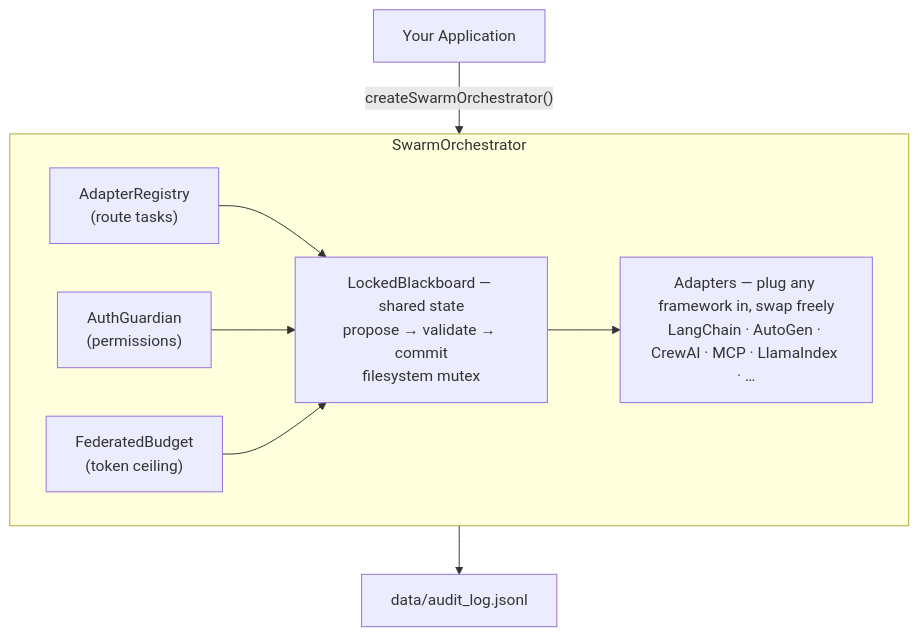
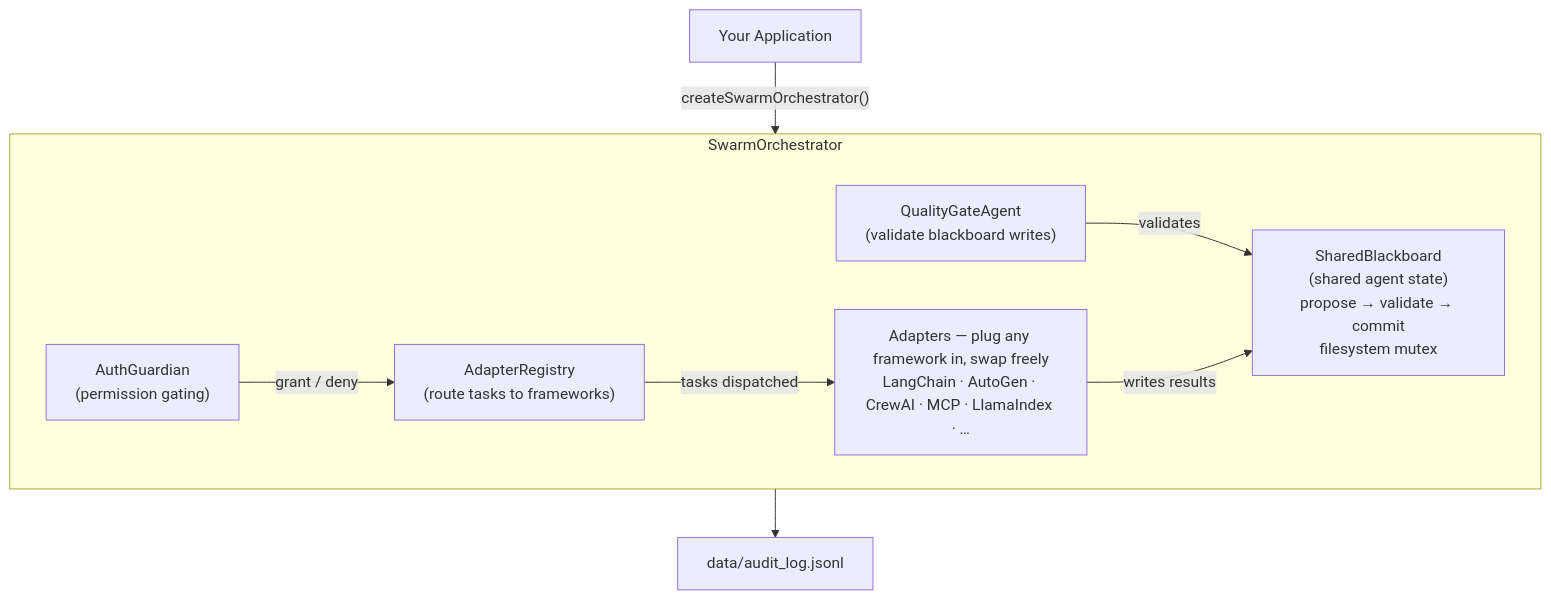
One commit to Jovancoding/Network-AI changed the diagram in ARCHITECTURE.md. Above: the diagram before and after it, drawn with Mermaid. The commit also changed other lines of this file and 1 other file, not shown here.

Commit message:
docs: fix architecture diagram to match actual code
- SharedBlackboard (not LockedBlackboard) -- that's the actual class
- QualityGateAgent replaces FederatedBudget as built-in component
- FederatedBudget is a standalone export, noted with callout
- Arrows now reflect real flow: AuthGuardian gates AdapterRegistry,
  Adapters write results to blackboard, QualityGateAgent validates writes

````diff
--- a/ARCHITECTURE.md
+++ b/ARCHITECTURE.md
@@ -36,24 +36,24 @@
 ```mermaid
 flowchart TD
     App["Your Application"]
 
     App -->|"createSwarmOrchestrator()"| SO
 
     subgraph SO["SwarmOrchestrator"]
-        AR["AdapterRegistry\n(route tasks)"]
-        AG["AuthGuardian\n(permissions)"]
-        FB["FederatedBudget\n(token ceiling)"]
+        AR["AdapterRegistry\n(route tasks to frameworks)"]
+        AG["AuthGuardian\n(permission gating)"]
+        QG["QualityGateAgent\n(validate blackboard writes)"]
 
-        AR --> LB
-        AG --> LB
-        FB --> LB
+        AR -->|tasks dispatched| AD
+        AG -->|grant / deny| AR
+        QG -->|validates| BB
 
-        LB["LockedBlackboard — shared state\npropose → validate → commit\nfilesystem mutex"]
+        BB["SharedBlackboard\n(shared agent state)\npropose → validate → commit\nfilesystem mutex"]
 
-        LB --> AD
+        AD -->|writes results| BB
 
         AD["Adapters — plug any framework in, swap freely\nLangChain · AutoGen · CrewAI · MCP · LlamaIndex · …"]
     end
 
     SO --> AUDIT["data/audit_log.jsonl"]
 ```
````
